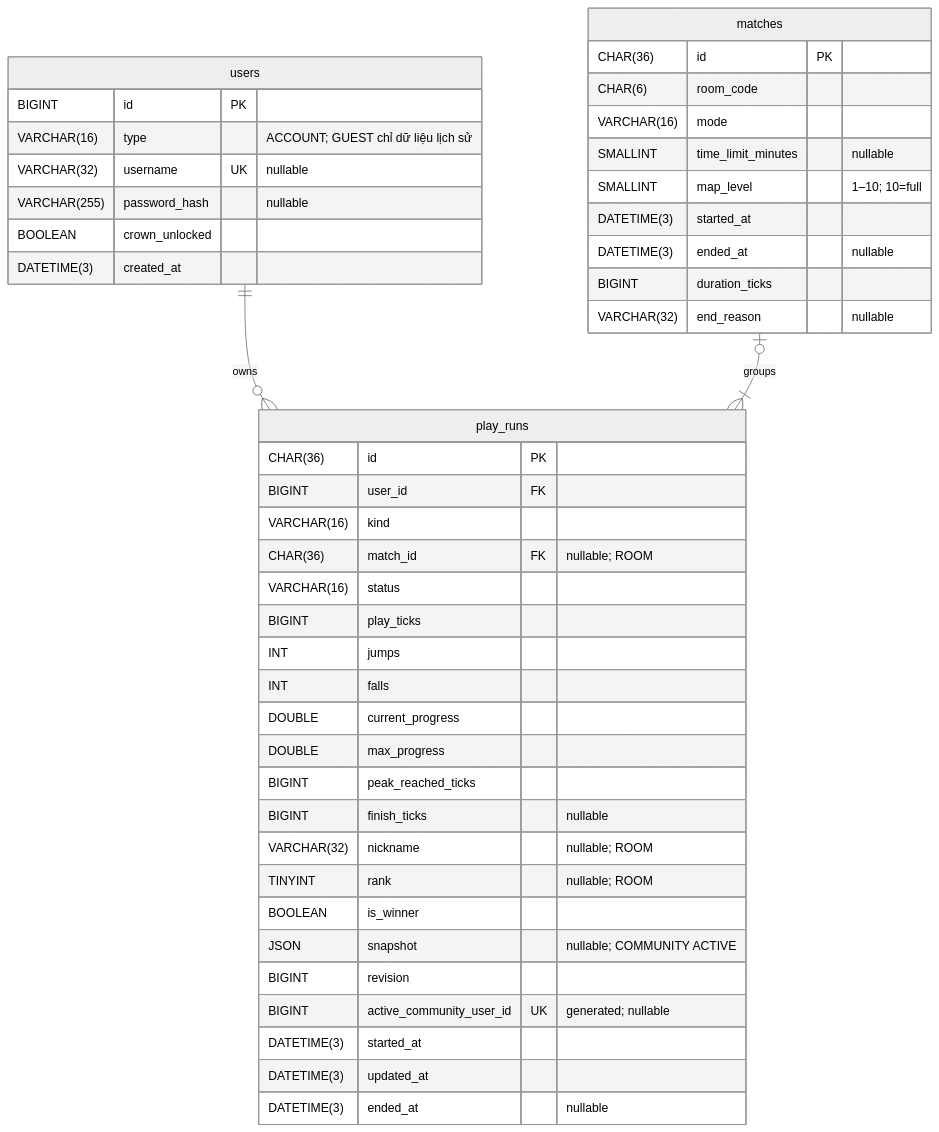
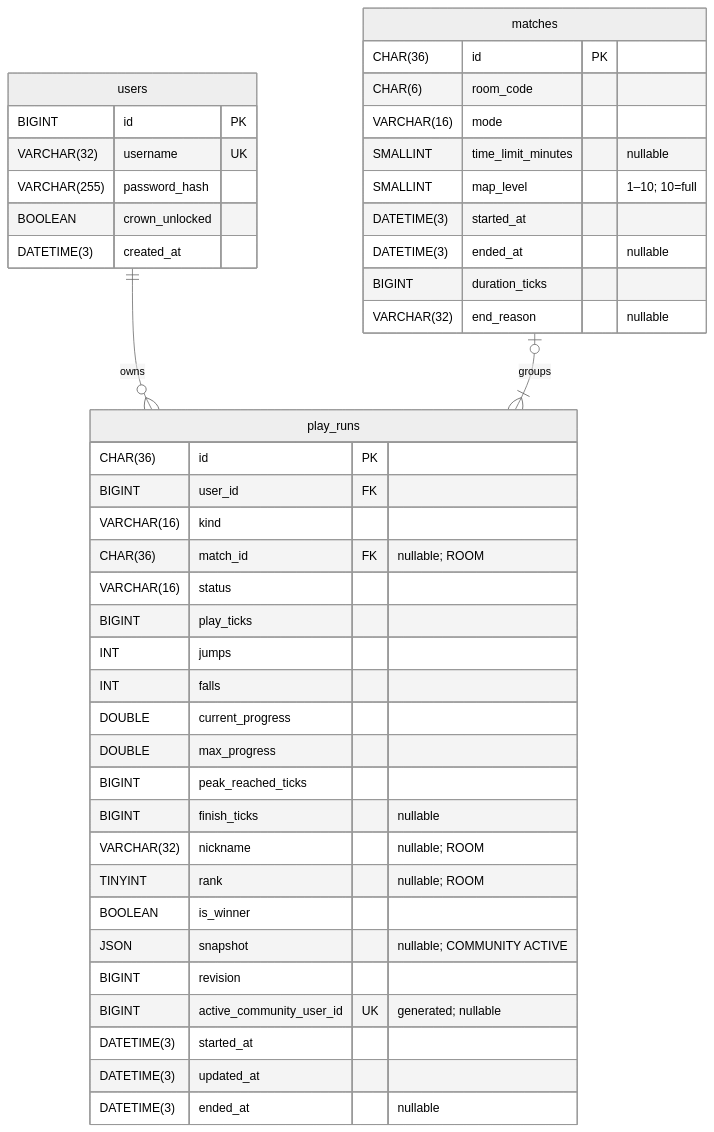
The diagram in docs/data.md (nvbangg/JumKing-Multiplayer), drawn with Mermaid (neutral theme) before and after one commit. The commit also changed other lines of this file and 28 other files, not shown here.

````diff
--- a/docs/data.md
+++ b/docs/data.md
@@ -15,48 +15,47 @@
 ```mermaid
 erDiagram
     users ||--o{ play_runs : owns
     matches o|--|{ play_runs : groups
 
     users {
         BIGINT id PK
-        VARCHAR(16) type "ACCOUNT; GUEST chỉ dữ liệu lịch sử"
-        VARCHAR(32) username UK "nullable"
-        VARCHAR(255) password_hash "nullable"
+        VARCHAR(32) username UK
+        VARCHAR(255) password_hash
         BOOLEAN crown_unlocked
         DATETIME(3) created_at
     }
     play_runs {
         CHAR(36) id PK
         BIGINT user_id FK
         VARCHAR(16) kind
         CHAR(36) match_id FK "nullable; ROOM"
         VARCHAR(16) status
         BIGINT play_ticks
         INT jumps
         INT falls
         DOUBLE current_progress
         DOUBLE max_progress
         BIGINT peak_reached_ticks
         BIGINT finish_ticks "nullable"
         VARCHAR(32) nickname "nullable; ROOM"
         TINYINT rank "nullable; ROOM"
         BOOLEAN is_winner
         JSON snapshot "nullable; COMMUNITY ACTIVE"
         BIGINT revision
         BIGINT active_community_user_id UK "generated; nullable"
         DATETIME(3) started_at
         DATETIME(3) updated_at
         DATETIME(3) ended_at "nullable"
     }
     matches {
         CHAR(36) id PK
         CHAR(6) room_code
         VARCHAR(16) mode
         SMALLINT time_limit_minutes "nullable"
         SMALLINT map_level "1–10; 10=full"
         DATETIME(3) started_at
         DATETIME(3) ended_at "nullable"
         BIGINT duration_ticks
         VARCHAR(32) end_reason "nullable"
     }
 ```
````
